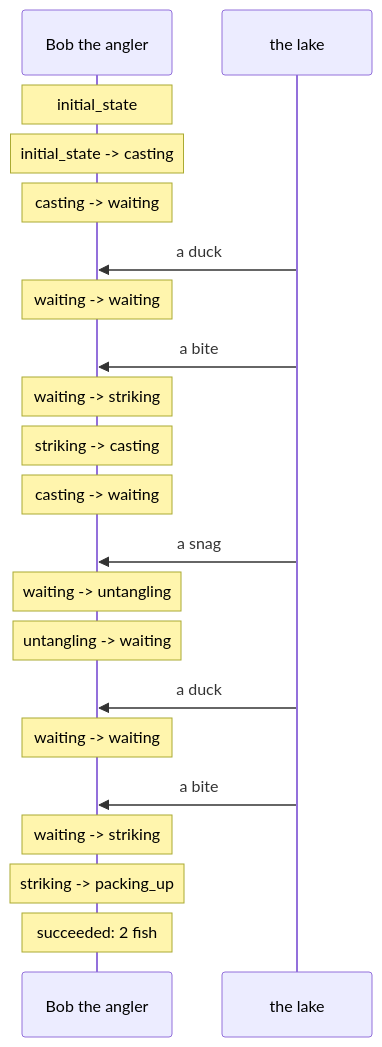
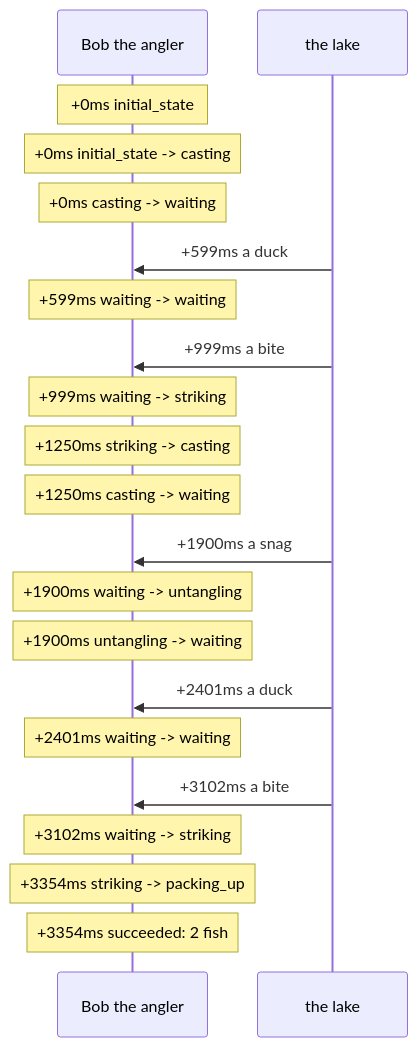
One commit to neutrino38/finite-state-language changed the diagram in elixir/samples/README.md. Above: the diagram before and after it, drawn with Mermaid. The commit also changed other lines of this file and 19 other files, not shown here.

````diff
--- a/elixir/samples/README.md
+++ b/elixir/samples/README.md
@@ -45,23 +45,23 @@
 ```mermaid
 sequenceDiagram
     participant local as Bob the angler
     participant peer as the lake
-    Note over local: initial_state
-    Note over local: initial_state -> casting
-    Note over local: casting -> waiting
-    peer->>local: a duck
-    Note over local: waiting -> waiting
-    peer->>local: a bite
-    Note over local: waiting -> striking
-    Note over local: striking -> casting
-    Note over local: casting -> waiting
-    peer->>local: a snag
-    Note over local: waiting -> untangling
-    Note over local: untangling -> waiting
-    peer->>local: a duck
-    Note over local: waiting -> waiting
-    peer->>local: a bite
-    Note over local: waiting -> striking
-    Note over local: striking -> packing_up
-    Note over local: succeeded: 2 fish
+    Note over local: +0ms initial_state
+    Note over local: +0ms initial_state -> casting
+    Note over local: +0ms casting -> waiting
+    peer->>local: +599ms a duck
+    Note over local: +599ms waiting -> waiting
+    peer->>local: +999ms a bite
+    Note over local: +999ms waiting -> striking
+    Note over local: +1250ms striking -> casting
+    Note over local: +1250ms casting -> waiting
+    peer->>local: +1900ms a snag
+    Note over local: +1900ms waiting -> untangling
+    Note over local: +1900ms untangling -> waiting
+    peer->>local: +2401ms a duck
+    Note over local: +2401ms waiting -> waiting
+    peer->>local: +3102ms a bite
+    Note over local: +3102ms waiting -> striking
+    Note over local: +3354ms striking -> packing_up
+    Note over local: +3354ms succeeded: 2 fish
 ```
````
